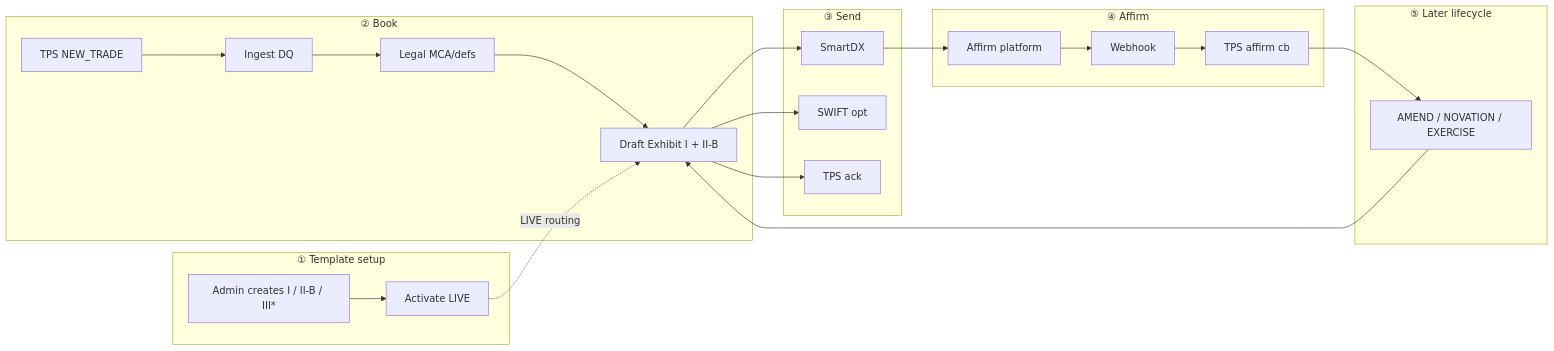
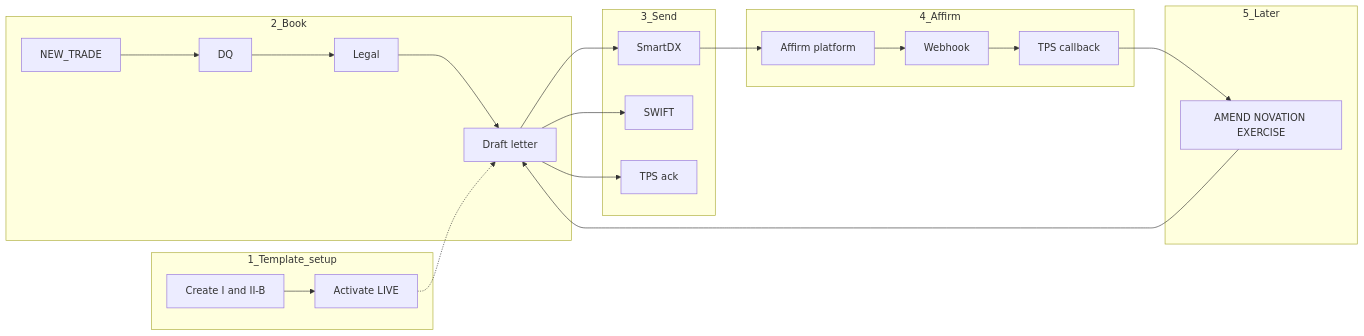
Before and after one commit to dae-nan/con4m8ions: diagram 11 of 12 in docs/prd-cdu-ps-v1.md, drawn with Mermaid. The commit also changed other lines of this file and 3 other files, not shown here.

First line of the commit message:
PRD v1.2: state diagrams, mermaid fix, LDM reconcile (CON-5)

````diff
--- a/docs/prd-cdu-ps-v1.md
+++ b/docs/prd-cdu-ps-v1.md
@@ -504,26 +572,26 @@
 ```mermaid
 flowchart LR
-  subgraph Setup["① Template setup"]
-    A[Admin creates I / II-B / III*] --> B[Activate LIVE]
+  subgraph setup [1_Template_setup]
+    A[Create I and II-B] --> B[Activate LIVE]
   end
-  subgraph Book["② Book"]
-    C[TPS NEW_TRADE] --> D[Ingest DQ]
-    D --> E[Legal MCA/defs]
-    E --> F[Draft Exhibit I + II-B]
+  subgraph book [2_Book]
+    C[NEW_TRADE] --> D[DQ]
+    D --> E[Legal]
+    E --> F[Draft letter]
   end
-  subgraph Send["③ Send"]
+  subgraph send [3_Send]
     F --> G[SmartDX]
-    F --> H[SWIFT opt]
+    F --> H[SWIFT]
     F --> I[TPS ack]
   end
-  subgraph Affirm["④ Affirm"]
+  subgraph affirm [4_Affirm]
     G --> J[Affirm platform]
     J --> K[Webhook]
-    K --> L[TPS affirm cb]
+    K --> L[TPS callback]
   end
-  subgraph Later["⑤ Later lifecycle"]
-    L --> M[AMEND / NOVATION / EXERCISE]
+  subgraph later [5_Later]
+    L --> M[AMEND NOVATION EXERCISE]
     M --> F
   end
-  B -.->|LIVE routing| F
+  B -.-> F
 ```
````
